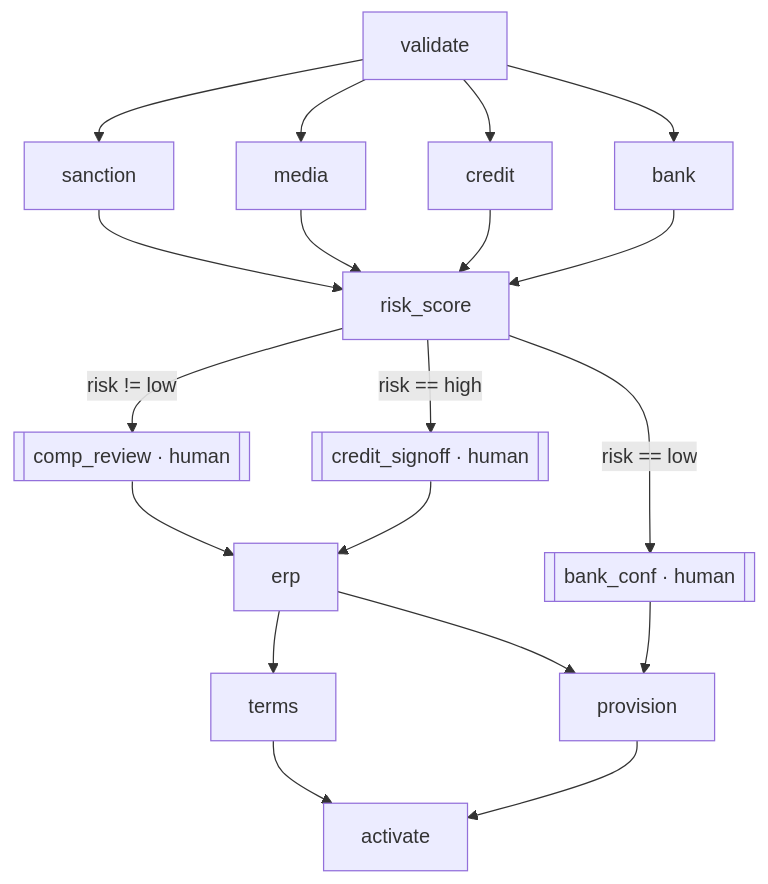
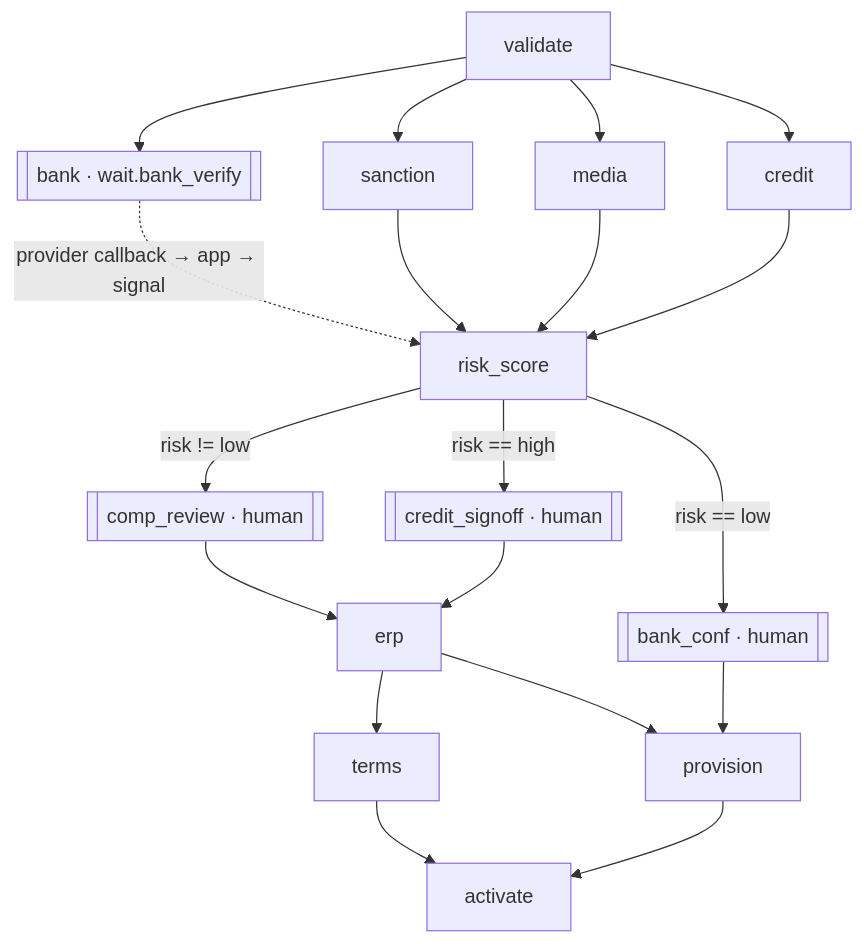
The diagram in examples/supplier_onboarding/README.md (datgs/keelflow), drawn with Mermaid before and after one commit. The commit also changed other lines of this file and 46 other files, not shown here.

First line of the commit message:
feat: wait/signal steps, cooperative cancellation, process_batch chunk callback

````diff
--- a/examples/supplier_onboarding/README.md
+++ b/examples/supplier_onboarding/README.md
@@ -23,15 +24,16 @@
 ```mermaid
 flowchart TD
     validate --> sanction
     validate --> media
     validate --> credit
-    validate --> bank
-    sanction & media & credit & bank --> risk_score
+    validate --> bank[[bank · wait.bank_verify]]
+    bank -.->|provider callback → app → signal| risk_score
+    sanction & media & credit --> risk_score
     risk_score -->|risk != low| comp_review[[comp_review · human]]
     risk_score -->|risk == high| credit_signoff[[credit_signoff · human]]
     risk_score -->|risk == low| bank_conf[[bank_conf · human]]
     comp_review & credit_signoff --> erp
     erp --> terms
     erp & bank_conf --> provision
     terms & provision --> activate
 ```
````
